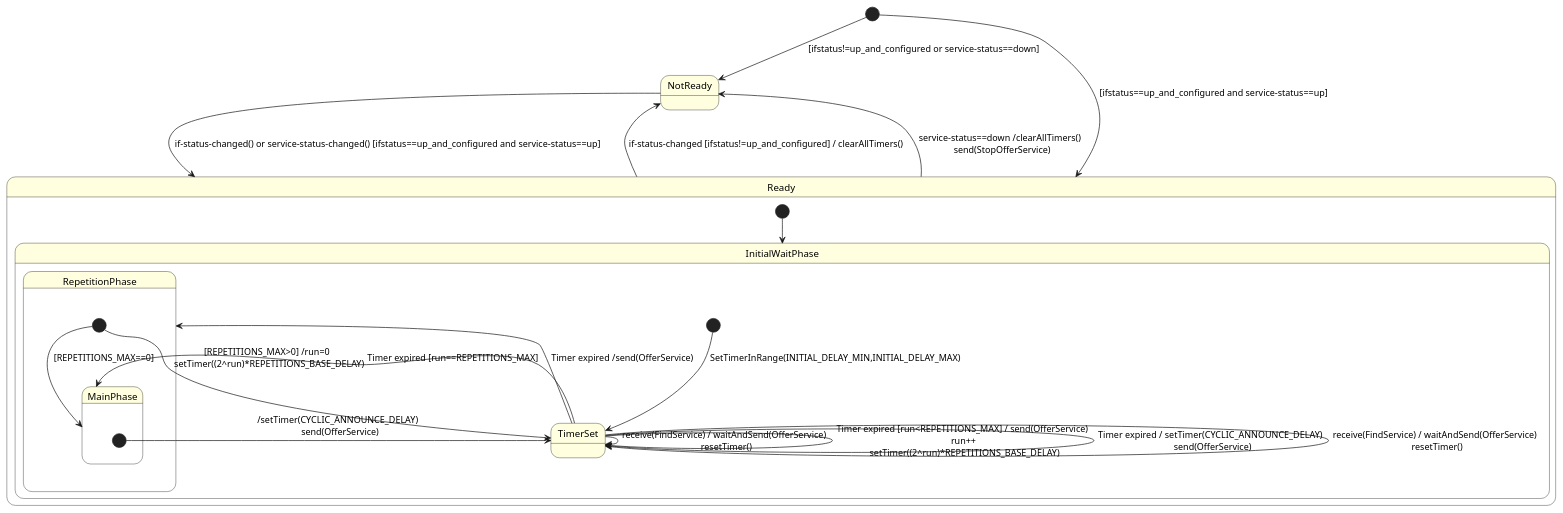
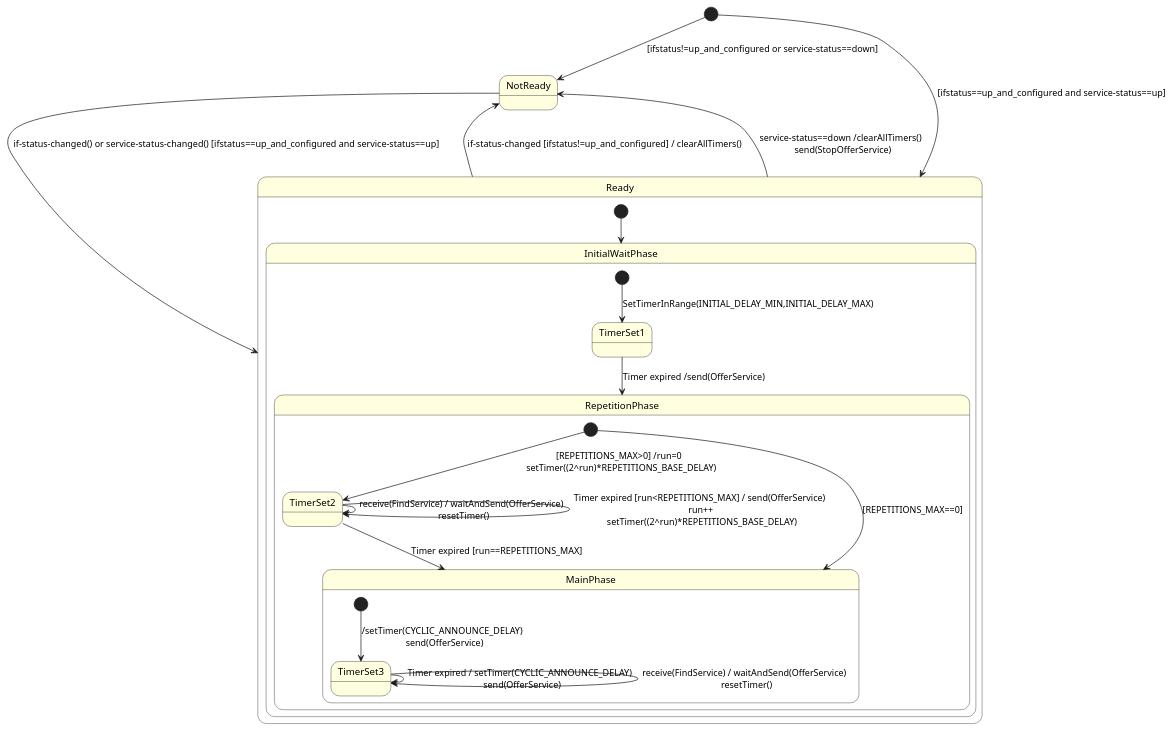
The diagram in simulator/umls/ServerServiceStateMachine.puml (yuu-ri/vsomeip), drawn with PlantUML before and after one commit. The commit also changed 1 other file, not shown here.

```diff
--- a/simulator/umls/ServerServiceStateMachine.puml
+++ b/simulator/umls/ServerServiceStateMachine.puml
@@ -1,42 +1,42 @@
 @startuml
 skinparam state {
   BackgroundColor LightYellow
   BorderColor Black
 }
 
 [*] --> NotReady : [ifstatus!=up_and_configured or service-status==down]
 [*] --> Ready : [ifstatus==up_and_configured and service-status==up]
 
 state NotReady
 NotReady --> Ready : if-status-changed() or service-status-changed() [ifstatus==up_and_configured and service-status==up]
 
 Ready --> NotReady : if-status-changed [ifstatus!=up_and_configured] / clearAllTimers()
 Ready --> NotReady : service-status==down /clearAllTimers() \n send(StopOfferService)
 
 state Ready {
   [*] --> InitialWaitPhase
 
   state InitialWaitPhase {
-    state TimerSet
-    [*] --> TimerSet: SetTimerInRange(INITIAL_DELAY_MIN,INITIAL_DELAY_MAX)
-    TimerSet --> RepetitionPhase : Timer expired /send(OfferService)
+    state TimerSet1
+    [*] --> TimerSet1: SetTimerInRange(INITIAL_DELAY_MIN,INITIAL_DELAY_MAX)
+    TimerSet1 --> RepetitionPhase : Timer expired /send(OfferService)
   }
 
   state RepetitionPhase {
-    state TimerSet
-    [*] --> TimerSet :  [REPETITIONS_MAX>0] /run=0 \n setTimer((2^run)*REPETITIONS_BASE_DELAY)
-    TimerSet --> TimerSet : receive(FindService) / waitAndSend(OfferService) \n resetTimer()
-    TimerSet --> TimerSet : Timer expired [run<REPETITIONS_MAX] / send(OfferService) \n run++ \n setTimer((2^run)*REPETITIONS_BASE_DELAY)
-    TimerSet --> MainPhase : Timer expired [run==REPETITIONS_MAX]
+    state TimerSet2
+    [*] --> TimerSet2 :  [REPETITIONS_MAX>0] /run=0 \n setTimer((2^run)*REPETITIONS_BASE_DELAY)
+    TimerSet2 --> TimerSet2 : receive(FindService) / waitAndSend(OfferService) \n resetTimer()
+    TimerSet2 --> TimerSet2 : Timer expired [run<REPETITIONS_MAX] / send(OfferService) \n run++ \n setTimer((2^run)*REPETITIONS_BASE_DELAY)
+    TimerSet2 --> MainPhase : Timer expired [run==REPETITIONS_MAX]
     [*] --> MainPhase : [REPETITIONS_MAX==0]
   }
 
   state MainPhase {
-    state TimerSet
-    [*] --> TimerSet : /setTimer(CYCLIC_ANNOUNCE_DELAY) \n send(OfferService)
-    TimerSet --> TimerSet : Timer expired / setTimer(CYCLIC_ANNOUNCE_DELAY) \n send(OfferService)
-    TimerSet --> TimerSet : receive(FindService) / waitAndSend(OfferService) \n resetTimer()
+    state TimerSet3
+    [*] --> TimerSet3 : /setTimer(CYCLIC_ANNOUNCE_DELAY) \n send(OfferService)
+    TimerSet3 --> TimerSet3 : Timer expired / setTimer(CYCLIC_ANNOUNCE_DELAY) \n send(OfferService)
+    TimerSet3 --> TimerSet3 : receive(FindService) / waitAndSend(OfferService) \n resetTimer()
   }
 }
 
 @enduml
```
